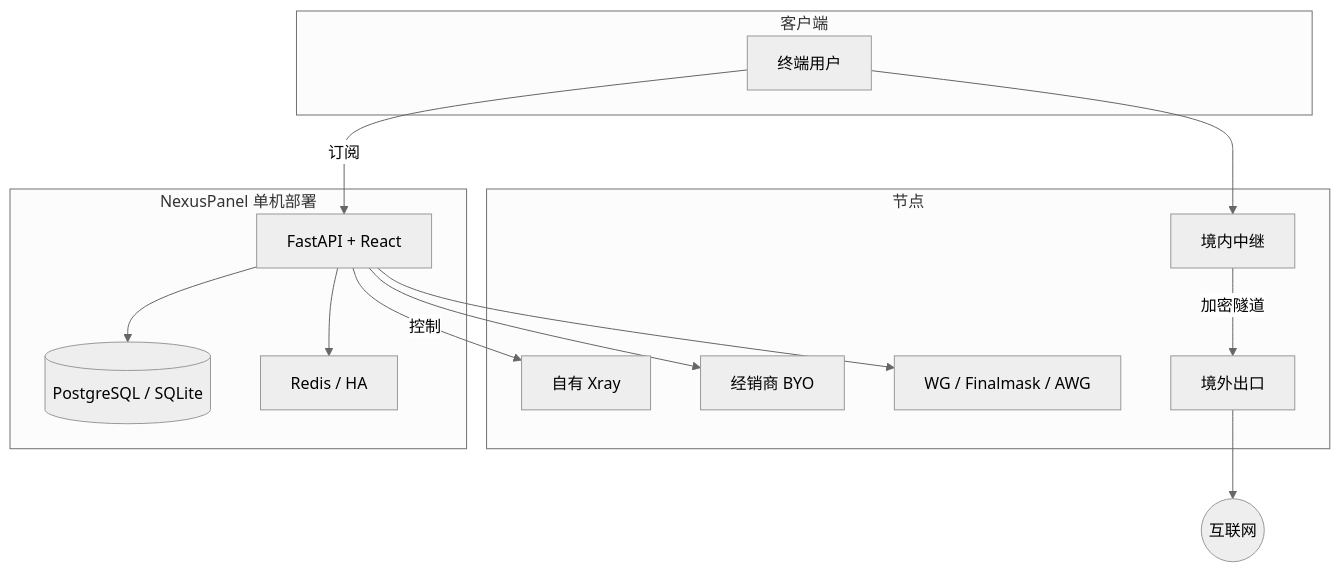
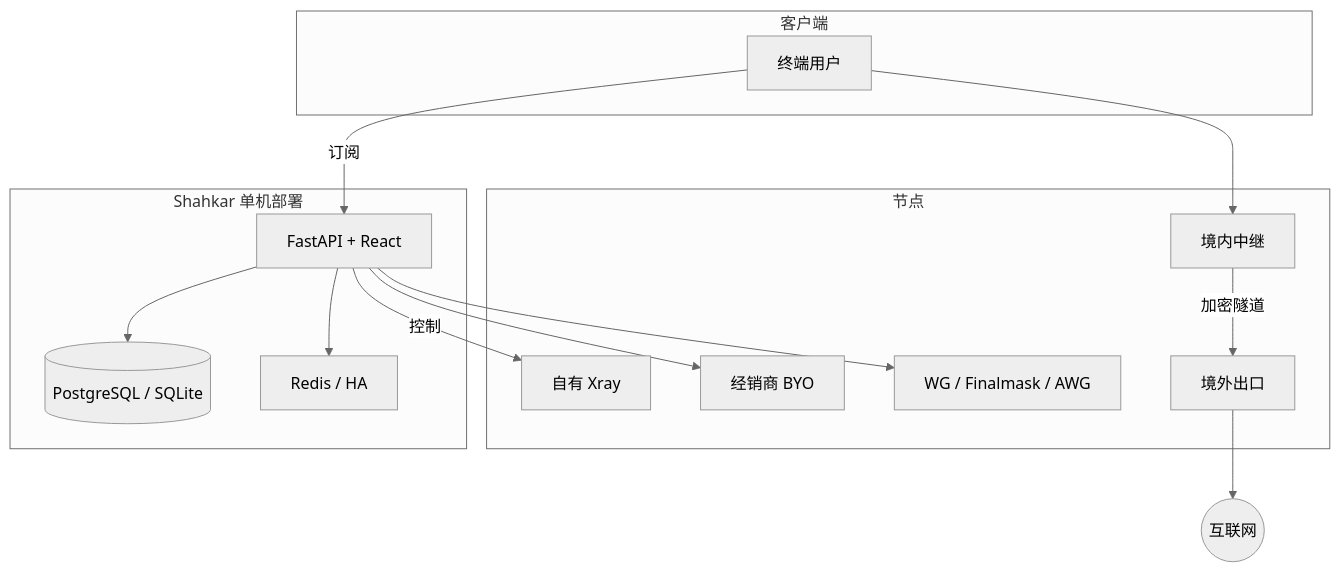
Before and after one commit to KhaJehAmiri/Shahkarpanel: the diagram in README-zh-cn.md, drawn with Mermaid (neutral theme). The commit also changed other lines of this file and 436 other files, not shown here.

First line of the commit message:
Rebrand fully from NexusPanel to Shahkar.

````diff
--- a/README-zh-cn.md
+++ b/README-zh-cn.md
@@ -59,30 +59,30 @@
 ```mermaid
 flowchart TB
   subgraph clients [客户端]
     U[终端用户]
   end
 
-  subgraph panel [NexusPanel 单机部署]
+  subgraph panel [Shahkar 单机部署]
     API[FastAPI + React]
     DB[(PostgreSQL / SQLite)]
     R[Redis / HA]
     API --> DB
     API --> R
   end
 
   subgraph nodes [节点]
     N1[自有 Xray]
     N2[经销商 BYO]
     NR[境内中继]
     NE[境外出口]
     WG[WG / Finalmask / AWG]
   end
 
   U -->|订阅| API
   API -->|控制| N1
   API --> N2
   API --> WG
   U --> NR
   NR -->|加密隧道| NE
   NE --> Internet((互联网))
 ```
````
